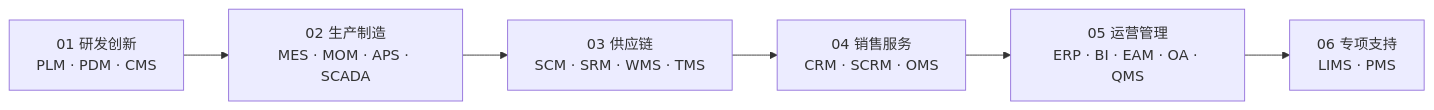
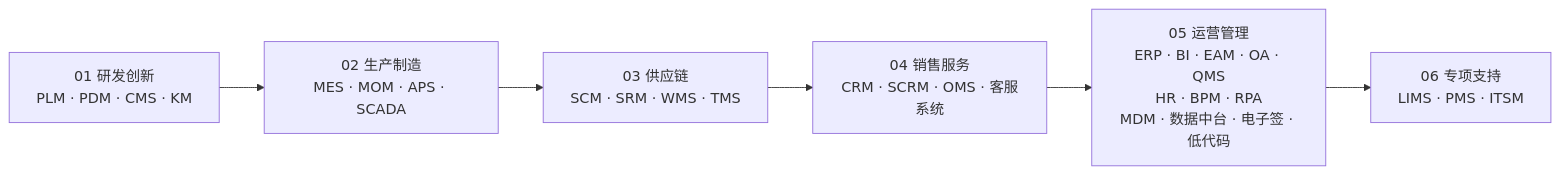
Before and after one commit to wb04307201/wb04307201: the first of 5 diagrams in note/08.application-systems/README.md, drawn with Mermaid. The commit also changed other lines of this file and 1 other file, not shown here.

````diff
--- a/note/08.application-systems/README.md
+++ b/note/08.application-systems/README.md
@@ -42,8 +42,8 @@
 ```mermaid
 flowchart LR
-    A[01 研发创新<br/>PLM · PDM · CMS] --> B[02 生产制造<br/>MES · MOM · APS · SCADA]
+    A[01 研发创新<br/>PLM · PDM · CMS · KM] --> B[02 生产制造<br/>MES · MOM · APS · SCADA]
     B --> C[03 供应链<br/>SCM · SRM · WMS · TMS]
-    C --> D[04 销售服务<br/>CRM · SCRM · OMS]
-    D --> E[05 运营管理<br/>ERP · BI · EAM · OA · QMS]
-    E --> F[06 专项支持<br/>LIMS · PMS]
+    C --> D[04 销售服务<br/>CRM · SCRM · OMS · 客服系统]
+    D --> E[05 运营管理<br/>ERP · BI · EAM · OA · QMS<br/>HR · BPM · RPA<br/>MDM · 数据中台 · 电子签 · 低代码]
+    E --> F[06 专项支持<br/>LIMS · PMS · ITSM]
 ```
````
